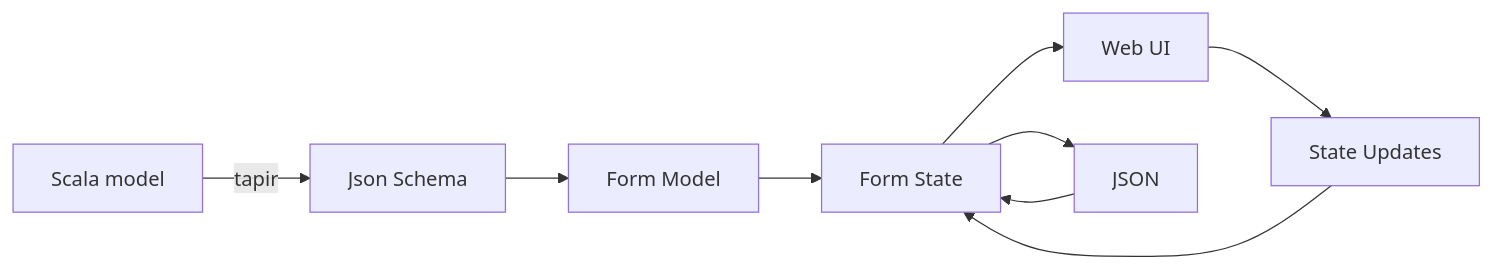
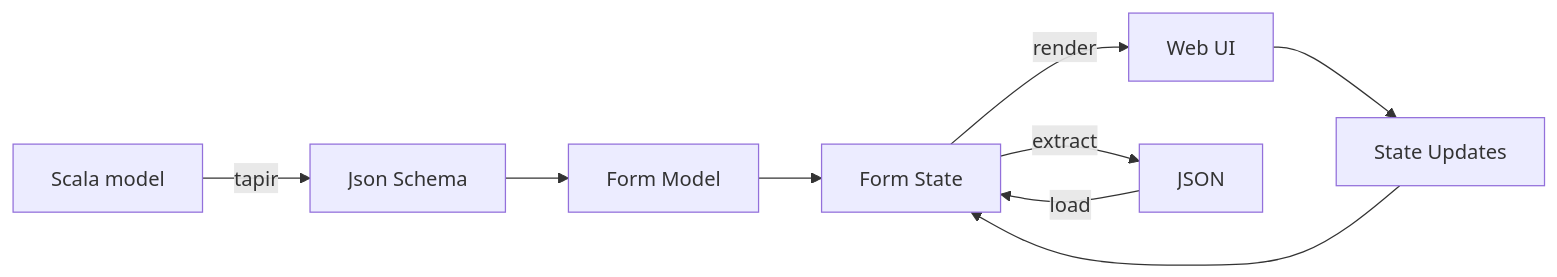
Before and after one commit to business4s/forms4s: the diagram in website/docs/index.md, drawn with Mermaid. The commit also changed other lines of this file and 25 other files, not shown here.

````diff
--- a/website/docs/index.md
+++ b/website/docs/index.md
@@ -18,11 +17,11 @@
 ```mermaid
 graph LR
     A[Scala model] --tapir--> B[Json Schema]
     B --> C[Form Model]
     C --> D[Form State]
-    D --> E[Web UI]
+    D --render--> E[Web UI]
     E --> F[State Updates]
     F --> D
-    D --> G[JSON]
-    G --> D
+    D --extract--> G[JSON]
+    G --load--> D
 ```
````
